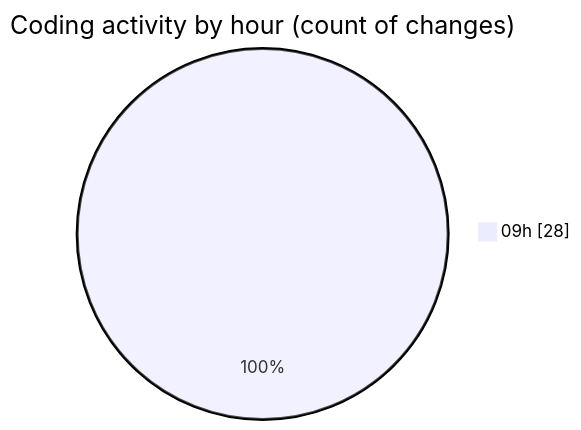
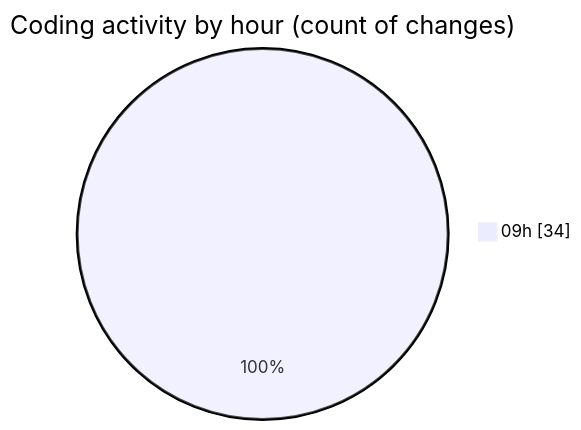
The second of 2 diagrams in 2026-04-16/cda/README.md (momahboobian/code-tracking), drawn with Mermaid before and after one commit. The commit also changed other lines of this file and 1 other file, not shown here.

````diff
--- a/2026-04-16/cda/README.md
+++ b/2026-04-16/cda/README.md
@@ -31,5 +31,5 @@
 ```mermaid
 pie showData
 title Coding activity by hour (count of changes)
-"09h" : 28
+"09h" : 34
 ```
````
